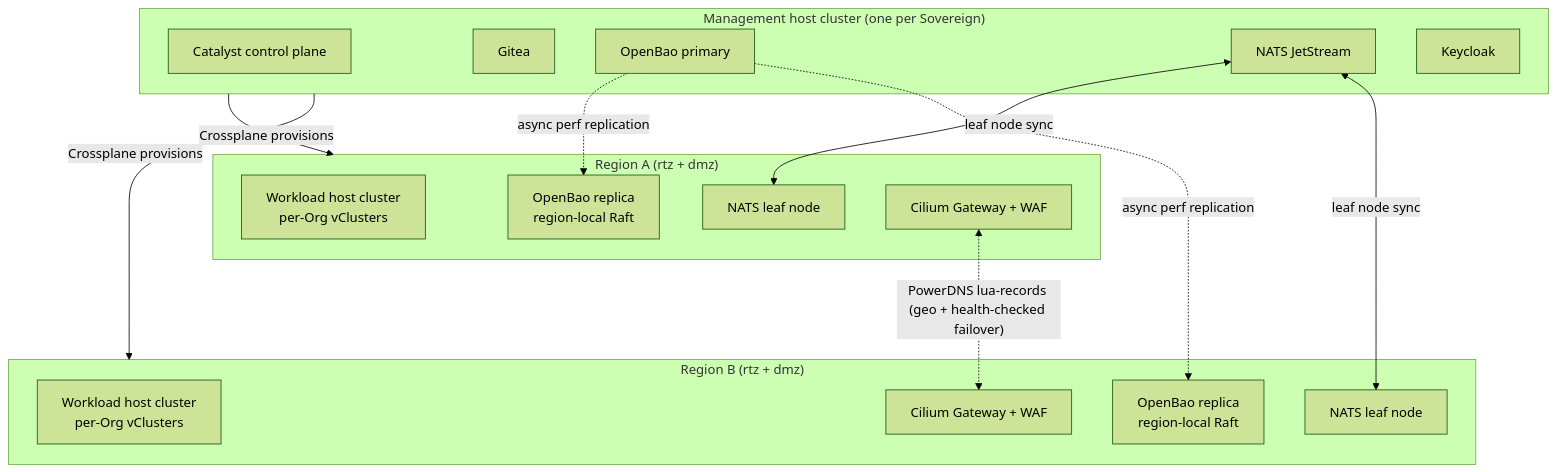
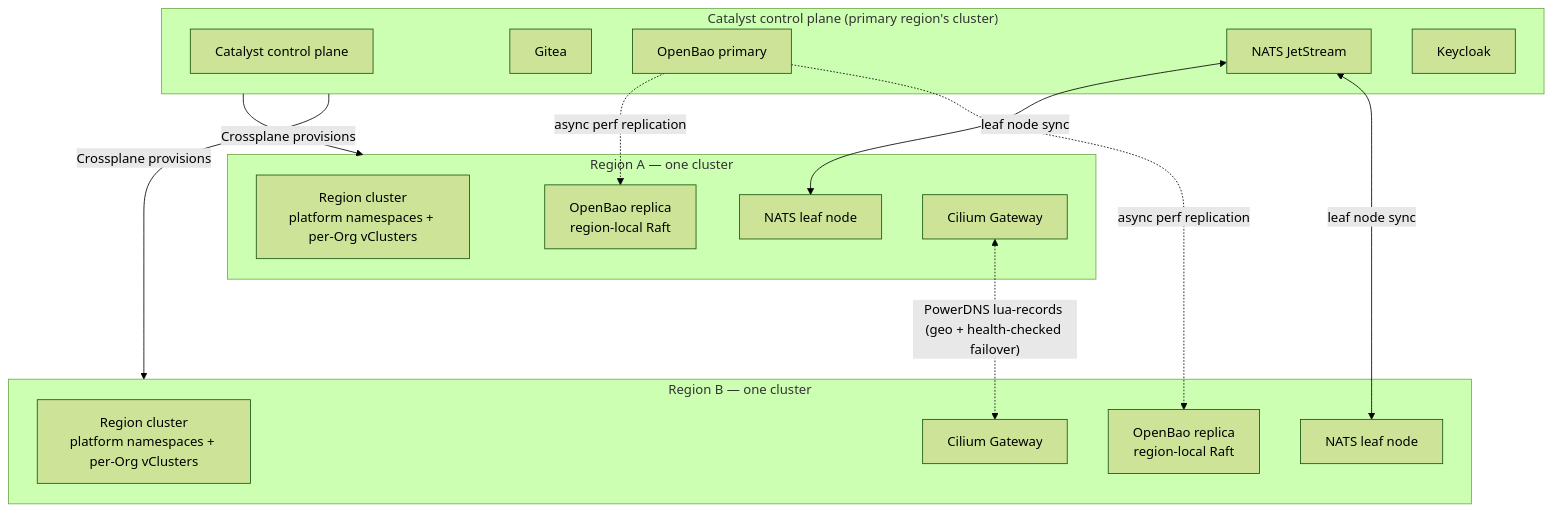
One commit to openova-io/openova changed the tenth of 13 diagrams in docs/ARCHITECTURE.md. Above: the diagram before and after it, drawn with Mermaid (forest theme). The commit also changed other lines of this file and 4 other files, not shown here.

````diff
--- a/docs/ARCHITECTURE.md
+++ b/docs/ARCHITECTURE.md
@@ -1074,32 +1077,32 @@
 ```mermaid
 flowchart TB
-    subgraph Mgt["Management host cluster (one per Sovereign)"]
+    subgraph Mgt["Catalyst control plane (primary region's cluster)"]
         CC[Catalyst control plane]
         Gitea
         Bao0[OpenBao primary]
         Nats[NATS JetStream]
         KC[Keycloak]
     end
 
-    subgraph RegionA["Region A (rtz + dmz)"]
-        K8sA[Workload host cluster<br>per-Org vClusters]
+    subgraph RegionA["Region A — one cluster"]
+        K8sA["Region cluster<br>platform namespaces + per-Org vClusters"]
         BaoA[OpenBao replica<br>region-local Raft]
         NatsA[NATS leaf node]
-        IngressA[Cilium Gateway + WAF]
+        IngressA[Cilium Gateway]
     end
 
-    subgraph RegionB["Region B (rtz + dmz)"]
-        K8sB[Workload host cluster<br>per-Org vClusters]
+    subgraph RegionB["Region B — one cluster"]
+        K8sB["Region cluster<br>platform namespaces + per-Org vClusters"]
         BaoB[OpenBao replica<br>region-local Raft]
         NatsB[NATS leaf node]
-        IngressB[Cilium Gateway + WAF]
+        IngressB[Cilium Gateway]
     end
 
     Mgt -->|"Crossplane provisions"| RegionA
     Mgt -->|"Crossplane provisions"| RegionB
     Bao0 -.->|"async perf replication"| BaoA
     Bao0 -.->|"async perf replication"| BaoB
     Nats <-->|"leaf node sync"| NatsA
     Nats <-->|"leaf node sync"| NatsB
     IngressA <-.->|"PowerDNS lua-records (geo + health-checked failover)"| IngressB
 ```
````
